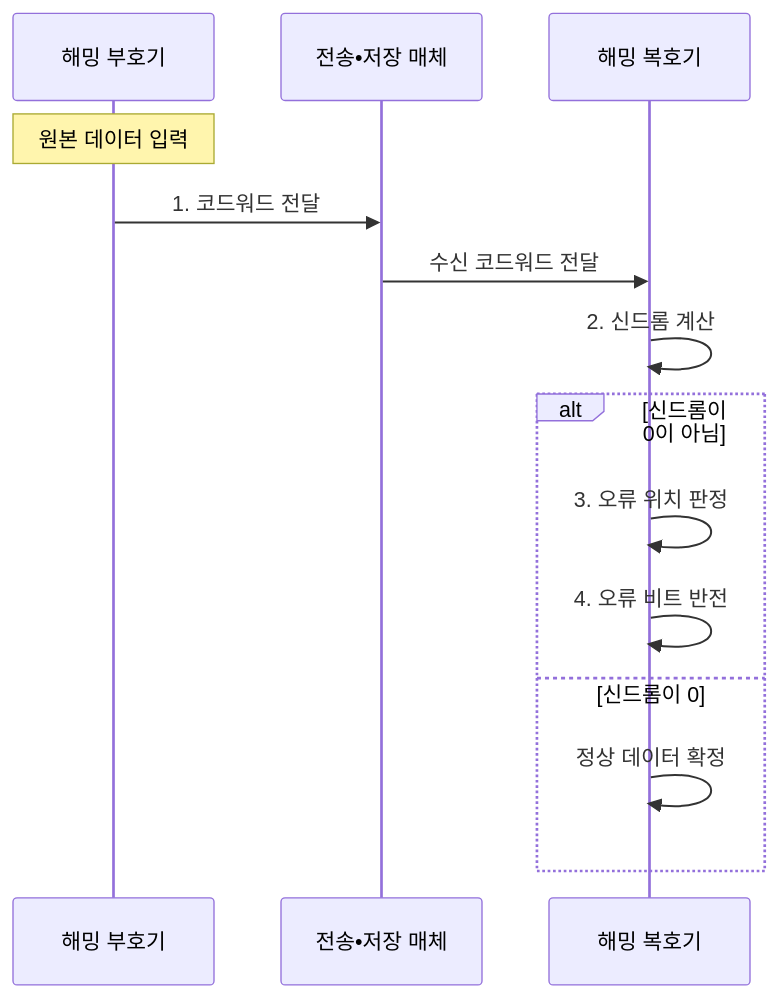
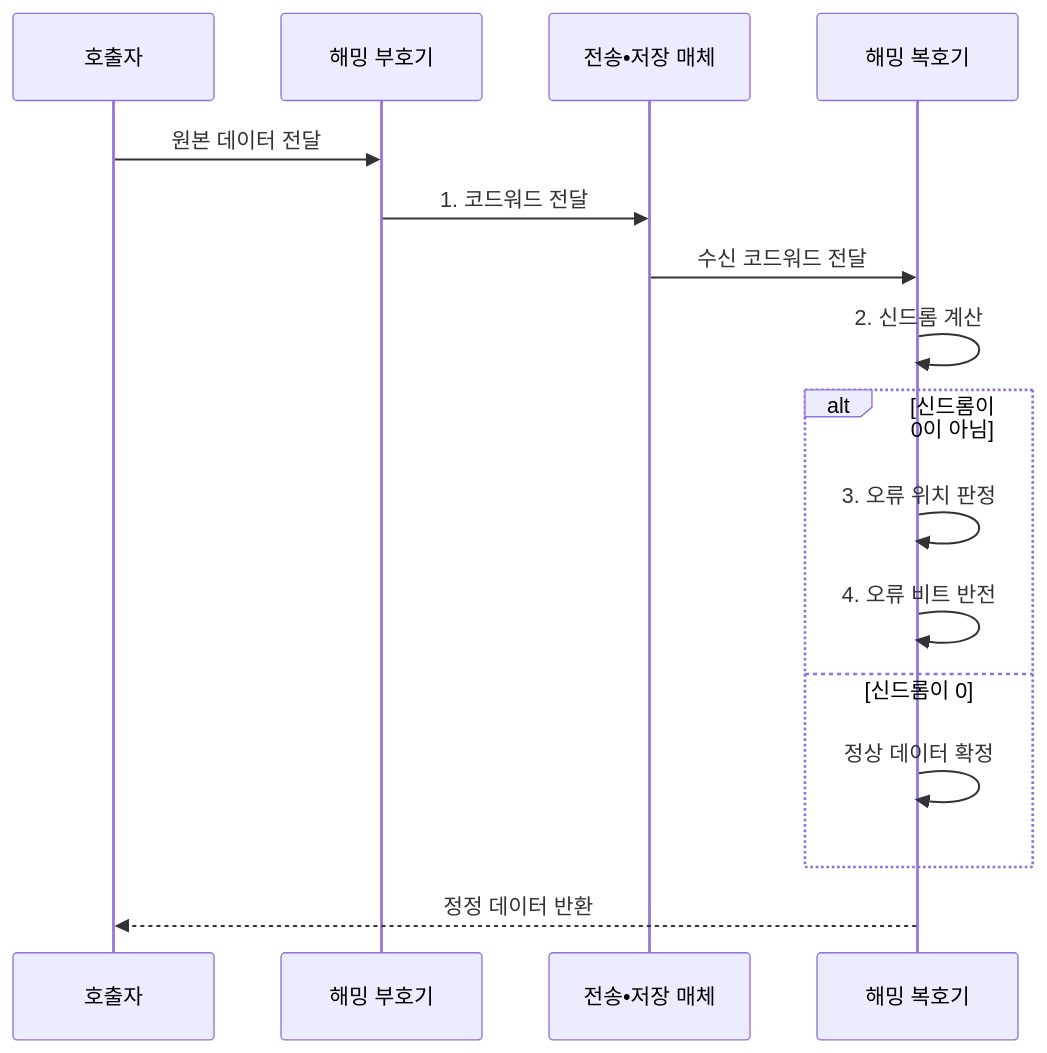
Before and after one commit to agnusdei1207/knowledge-base: the second of 2 diagrams in src/content/docs/notes/01-basic-theory/028_hamming_code.md, drawn with Mermaid. The commit also changed other lines of this file and 12 other files, not shown here.

````diff
--- a/src/content/docs/notes/01-basic-theory/028_hamming_code.md
+++ b/src/content/docs/notes/01-basic-theory/028_hamming_code.md
@@ -103,16 +103,18 @@
 ```mermaid
 sequenceDiagram
+    participant Q as 호출자
     participant E as 해밍 부호기
     participant M as 전송•저장 매체
     participant D as 해밍 복호기
-    Note over E: 원본 데이터 입력
+    Q->>E: 원본 데이터 전달
     E->>M: 1. 코드워드 전달
     M->>D: 수신 코드워드 전달
     D->>D: 2. 신드롬 계산
     alt 신드롬이 0이 아님
         D->>D: 3. 오류 위치 판정
         D->>D: 4. 오류 비트 반전
     else 신드롬이 0
         D->>D: 정상 데이터 확정
     end
+    D-->>Q: 정정 데이터 반환
 ```
````
